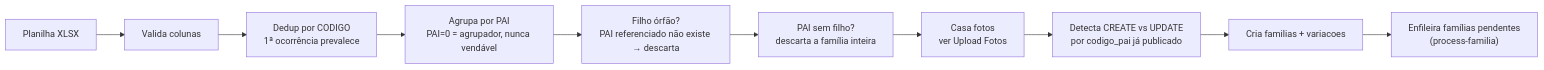
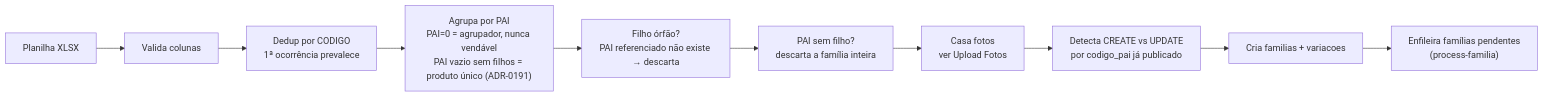
The diagram in obsidian-vault/02-Fluxos/Upload Planilha.md (analistasistemas-bit/gtinmktplace), drawn with Mermaid before and after one commit. The commit also changed 11 other files, not shown here.

First line of the commit message:
feat(ingest): produto único na planilha — PAI vazio sem filhos vira 1 SKU (ADR-0191)

````diff
--- a/obsidian-vault/02-Fluxos/Upload Planilha.md
+++ b/obsidian-vault/02-Fluxos/Upload Planilha.md
@@ -25,12 +25,12 @@
 ```mermaid
 flowchart LR
     P[Planilha XLSX] --> V[Valida colunas]
     V --> D["Dedup por CODIGO<br/>1ª ocorrência prevalece"]
-    D --> AG["Agrupa por PAI<br/>PAI=0 = agrupador, nunca vendável"]
+    D --> AG["Agrupa por PAI<br/>PAI=0 = agrupador, nunca vendável<br/>PAI vazio sem filhos = produto único (ADR-0191)"]
     AG --> OR["Filho órfão?<br/>PAI referenciado não existe → descarta"]
     OR --> PS["PAI sem filho?<br/>descarta a família inteira"]
     PS --> CF["Casa fotos<br/>ver Upload Fotos"]
     CF --> CU["Detecta CREATE vs UPDATE<br/>por codigo_pai já publicado"]
     CU --> CRIA["Cria familias + variacoes"]
     CRIA --> ENF["Enfileira famílias pendentes<br/>(process-familia)"]
 ```
````
